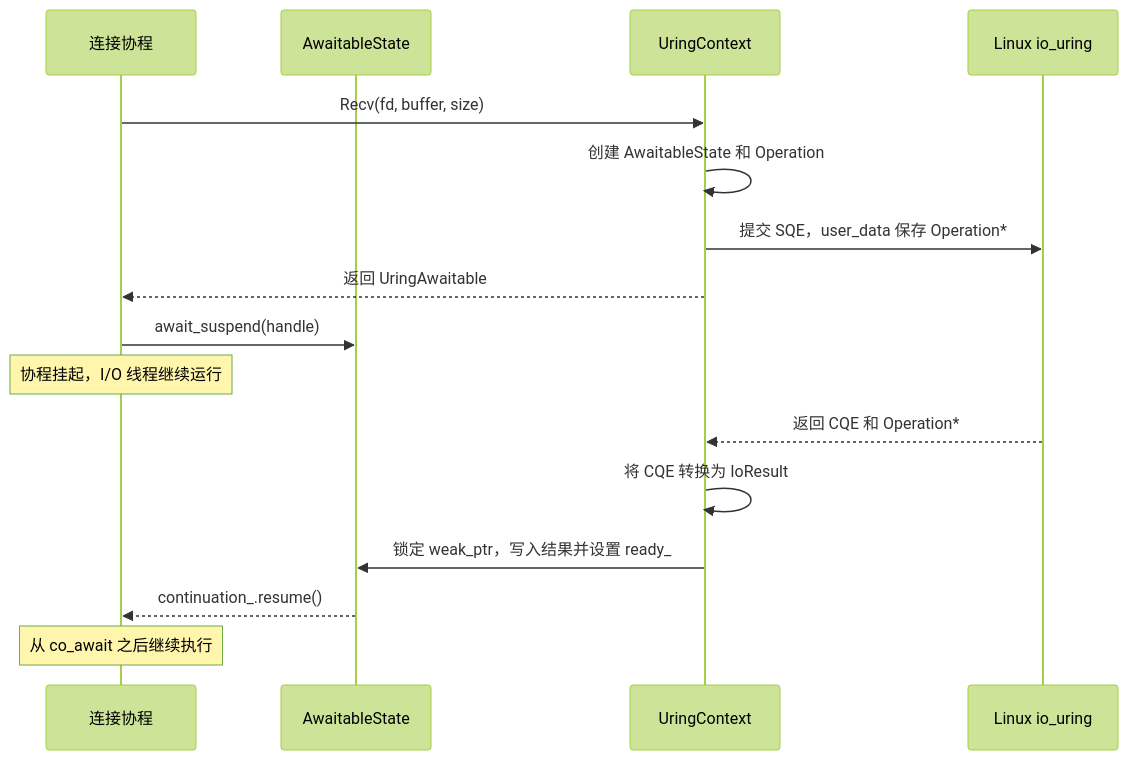
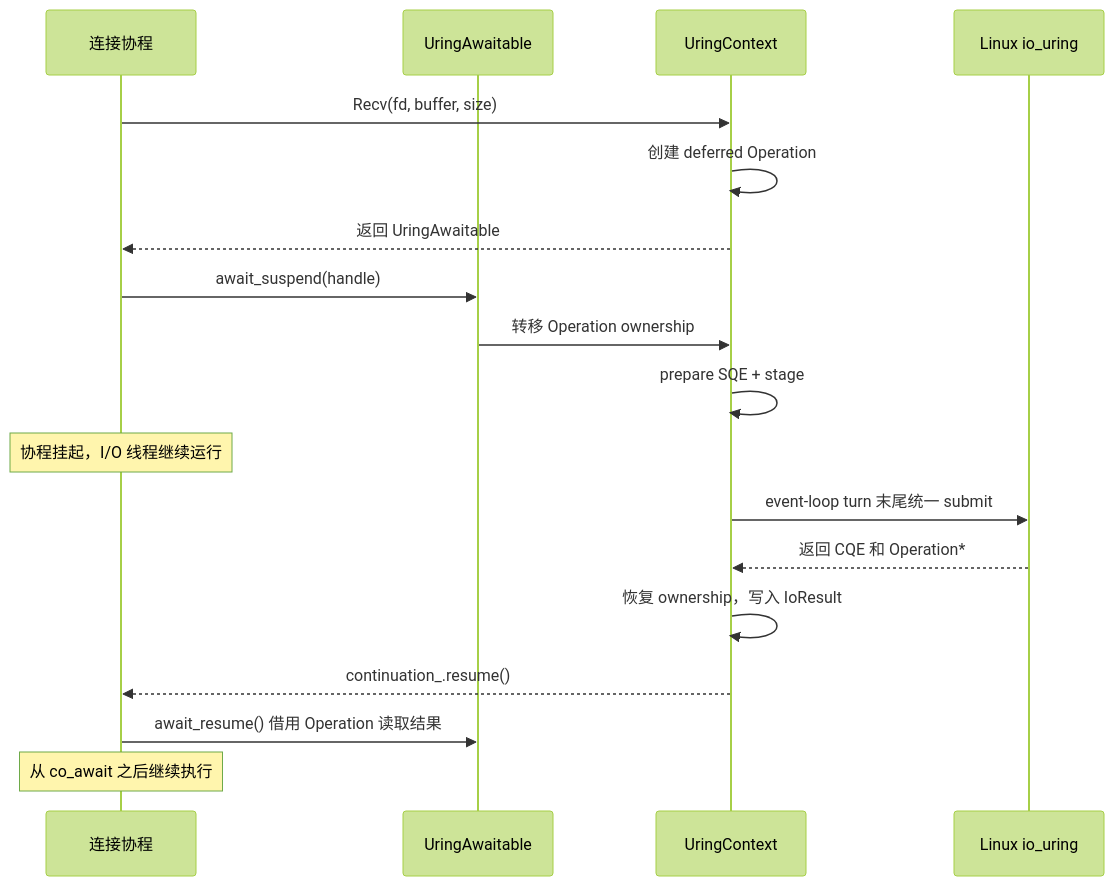
One commit to yuedongcun/xrpc-cpp changed the fifth of 5 diagrams in docs/io-runtime.md. Above: the diagram before and after it, drawn with Mermaid (forest theme). The commit also changed other lines of this file and 6 other files, not shown here.

````diff
--- a/docs/io-runtime.md
+++ b/docs/io-runtime.md
@@ -215,22 +221,24 @@
 ```mermaid
 sequenceDiagram
   participant C as 连接协程
-  participant S as AwaitableState
+  participant A as UringAwaitable
   participant U as UringContext
   participant K as Linux io_uring
 
   C->>U: Recv(fd, buffer, size)
-  U->>U: 创建 AwaitableState 和 Operation
-  U->>K: 提交 SQE，user_data 保存 Operation*
+  U->>U: 创建 deferred Operation
   U-->>C: 返回 UringAwaitable
 
-  C->>S: await_suspend(handle)
+  C->>A: await_suspend(handle)
+  A->>U: 转移 Operation ownership
+  U->>U: prepare SQE + stage
   Note over C: 协程挂起，I/O 线程继续运行
+  U->>K: event-loop turn 末尾统一 submit
 
   K-->>U: 返回 CQE 和 Operation*
-  U->>U: 将 CQE 转换为 IoResult
-  U->>S: 锁定 weak_ptr，写入结果并设置 ready_
-  S-->>C: continuation_.resume()
+  U->>U: 恢复 ownership，写入 IoResult
+  U-->>C: continuation_.resume()
+  C->>A: await_resume() 借用 Operation 读取结果
 
   Note over C: 从 co_await 之后继续执行
 ```
````
